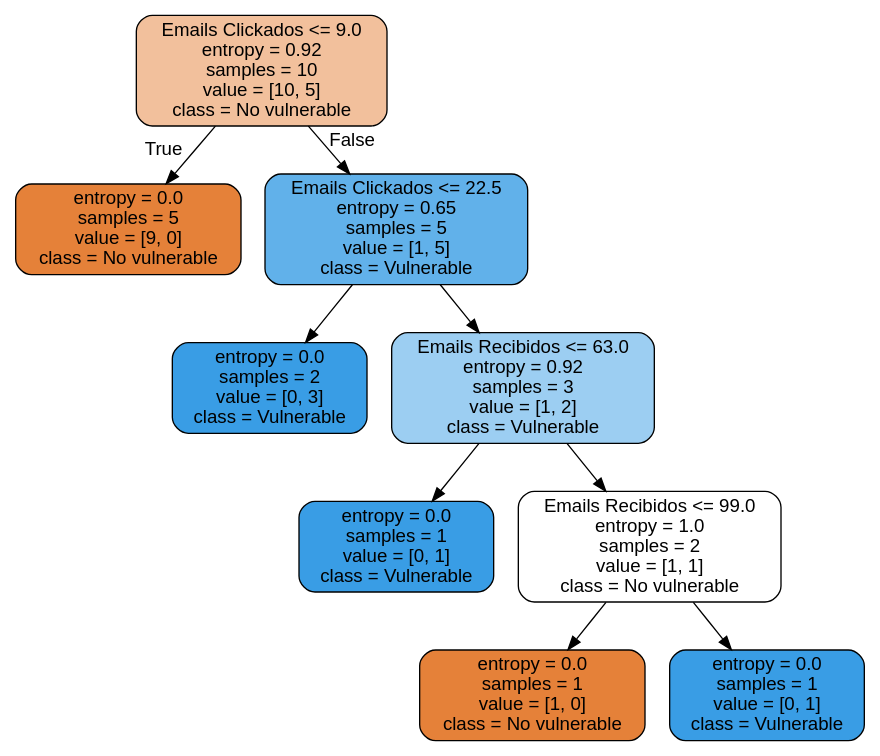
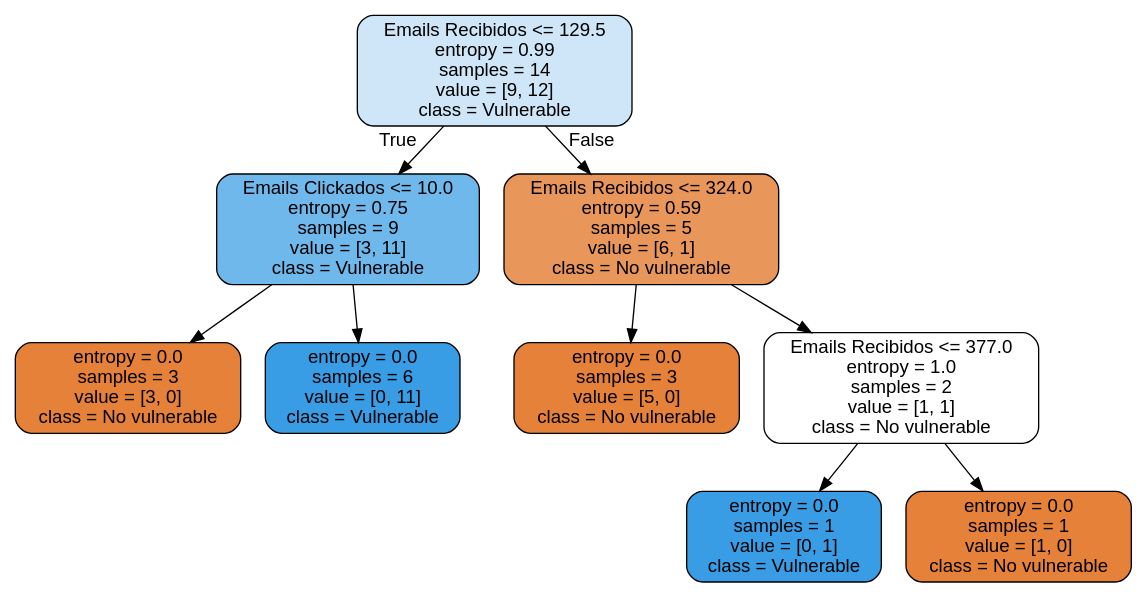
One commit to esquilichi/Flaskitos changed the diagram in machinelearning/gráficos/random_forest.dot. Above: the diagram before and after it, drawn with Graphviz. The commit also changed 101 other files, not shown here.

```diff
--- a/machinelearning/gráficos/random_forest.dot
+++ b/machinelearning/gráficos/random_forest.dot
@@ -1,21 +1,21 @@
 digraph Tree {
 node [shape=box, style="filled, rounded", color="black", fontname="helvetica"] ;
 edge [fontname="helvetica"] ;
-0 [label="Emails Clickados <= 9.0\nentropy = 0.92\nsamples = 10\nvalue = [10, 5]\nclass = No vulnerable", fillcolor="#f2c09c"] ;
-1 [label="entropy = 0.0\nsamples = 5\nvalue = [9, 0]\nclass = No vulnerable", fillcolor="#e58139"] ;
+0 [label="Emails Recibidos <= 129.5\nentropy = 0.99\nsamples = 14\nvalue = [9, 12]\nclass = Vulnerable", fillcolor="#cee6f8"] ;
+1 [label="Emails Clickados <= 10.0\nentropy = 0.75\nsamples = 9\nvalue = [3, 11]\nclass = Vulnerable", fillcolor="#6fb8ec"] ;
 0 -> 1 [labeldistance=2.5, labelangle=45, headlabel="True"] ;
-2 [label="Emails Clickados <= 22.5\nentropy = 0.65\nsamples = 5\nvalue = [1, 5]\nclass = Vulnerable", fillcolor="#61b1ea"] ;
-0 -> 2 [labeldistance=2.5, labelangle=-45, headlabel="False"] ;
-3 [label="entropy = 0.0\nsamples = 2\nvalue = [0, 3]\nclass = Vulnerable", fillcolor="#399de5"] ;
-2 -> 3 ;
-4 [label="Emails Recibidos <= 63.0\nentropy = 0.92\nsamples = 3\nvalue = [1, 2]\nclass = Vulnerable", fillcolor="#9ccef2"] ;
-2 -> 4 ;
-5 [label="entropy = 0.0\nsamples = 1\nvalue = [0, 1]\nclass = Vulnerable", fillcolor="#399de5"] ;
+2 [label="entropy = 0.0\nsamples = 3\nvalue = [3, 0]\nclass = No vulnerable", fillcolor="#e58139"] ;
+1 -> 2 ;
+3 [label="entropy = 0.0\nsamples = 6\nvalue = [0, 11]\nclass = Vulnerable", fillcolor="#399de5"] ;
+1 -> 3 ;
+4 [label="Emails Recibidos <= 324.0\nentropy = 0.59\nsamples = 5\nvalue = [6, 1]\nclass = No vulnerable", fillcolor="#e9965a"] ;
+0 -> 4 [labeldistance=2.5, labelangle=-45, headlabel="False"] ;
+5 [label="entropy = 0.0\nsamples = 3\nvalue = [5, 0]\nclass = No vulnerable", fillcolor="#e58139"] ;
 4 -> 5 ;
-6 [label="Emails Recibidos <= 99.0\nentropy = 1.0\nsamples = 2\nvalue = [1, 1]\nclass = No vulnerable", fillcolor="#ffffff"] ;
+6 [label="Emails Recibidos <= 377.0\nentropy = 1.0\nsamples = 2\nvalue = [1, 1]\nclass = No vulnerable", fillcolor="#ffffff"] ;
 4 -> 6 ;
-7 [label="entropy = 0.0\nsamples = 1\nvalue = [1, 0]\nclass = No vulnerable", fillcolor="#e58139"] ;
+7 [label="entropy = 0.0\nsamples = 1\nvalue = [0, 1]\nclass = Vulnerable", fillcolor="#399de5"] ;
 6 -> 7 ;
-8 [label="entropy = 0.0\nsamples = 1\nvalue = [0, 1]\nclass = Vulnerable", fillcolor="#399de5"] ;
+8 [label="entropy = 0.0\nsamples = 1\nvalue = [1, 0]\nclass = No vulnerable", fillcolor="#e58139"] ;
 6 -> 8 ;
 }
```
